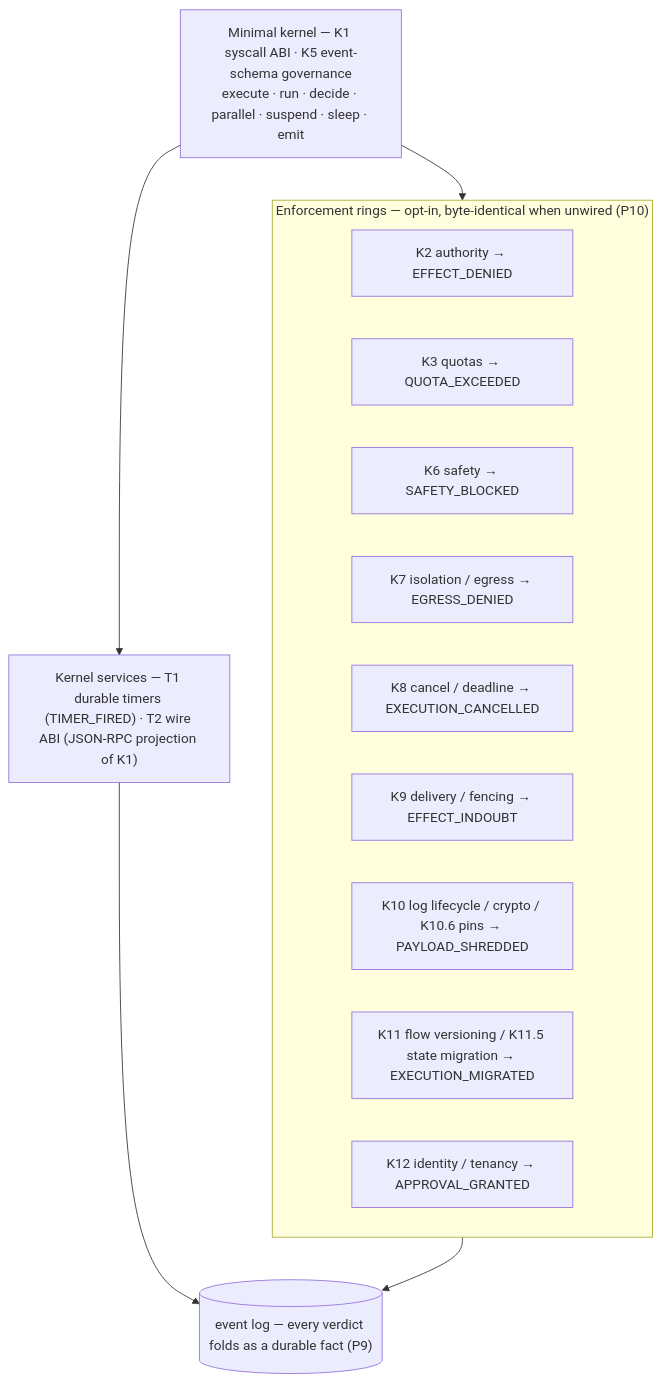
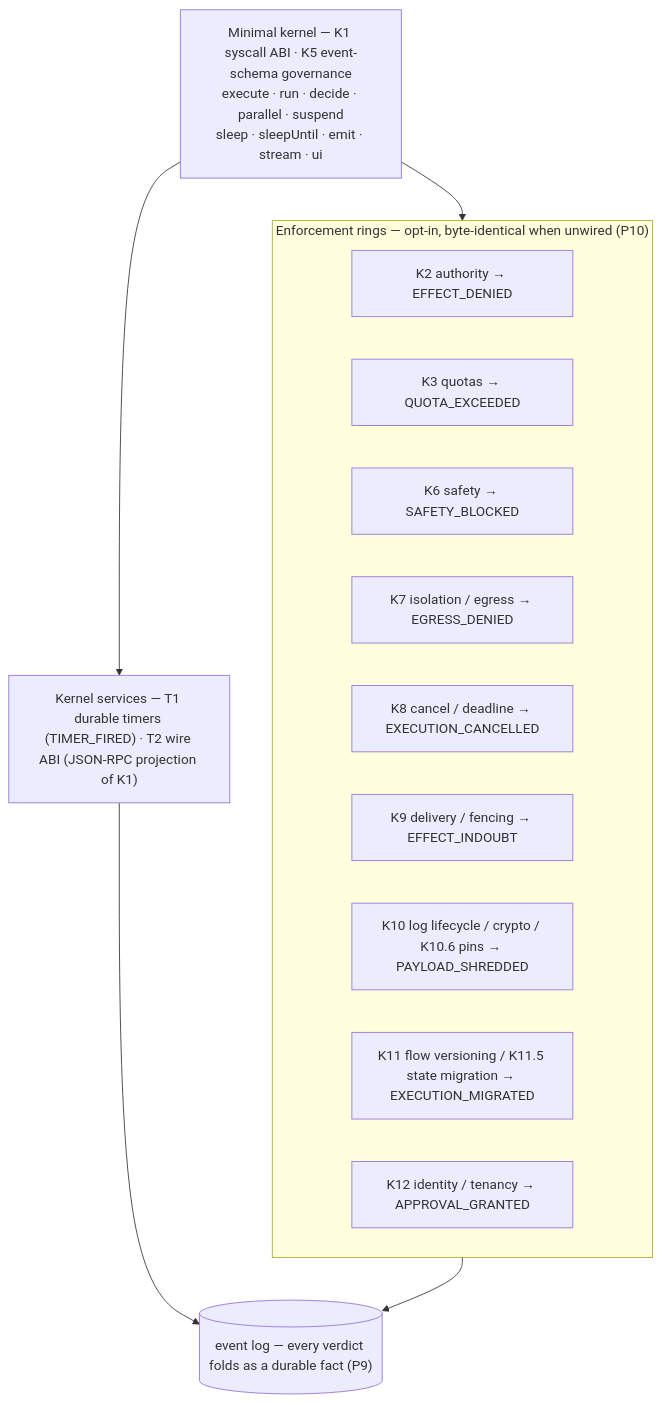
One commit to chhetrisushil/loom changed diagram 11 of 13 in docs/architecture.md. Above: the diagram before and after it, drawn with Mermaid. The commit also changed other lines of this file and 4 other files, not shown here.

First line of the commit message:
docs(architecture): the package map, the agentic layer, and three short syscall lists

````diff
--- a/docs/architecture.md
+++ b/docs/architecture.md
@@ -364,23 +365,23 @@
 ```mermaid
 flowchart TB
-  Sys["Minimal kernel — K1 syscall ABI · K5 event-schema governance<br/>execute · run · decide · parallel · suspend · sleep · emit"]
+  Sys["Minimal kernel — K1 syscall ABI · K5 event-schema governance<br/>execute · run · decide · parallel · suspend<br/>sleep · sleepUntil · emit · stream · ui"]
 
   subgraph Rings["Enforcement rings — opt-in, byte-identical when unwired (P10)"]
     K2["K2 authority → EFFECT_DENIED"]
     K3["K3 quotas → QUOTA_EXCEEDED"]
     K6["K6 safety → SAFETY_BLOCKED"]
     K7["K7 isolation / egress → EGRESS_DENIED"]
     K8["K8 cancel / deadline → EXECUTION_CANCELLED"]
     K9["K9 delivery / fencing → EFFECT_INDOUBT"]
     K10["K10 log lifecycle / crypto / K10.6 pins → PAYLOAD_SHREDDED"]
     K11["K11 flow versioning / K11.5 state migration → EXECUTION_MIGRATED"]
     K12["K12 identity / tenancy → APPROVAL_GRANTED"]
   end
 
   Svc["Kernel services — T1 durable timers (TIMER_FIRED) · T2 wire ABI (JSON-RPC projection of K1)"]
 
   Sys --> Rings
   Sys --> Svc
   Rings --> Log[("event log — every verdict folds as a durable fact (P9)")]
   Svc --> Log
 ```
````
